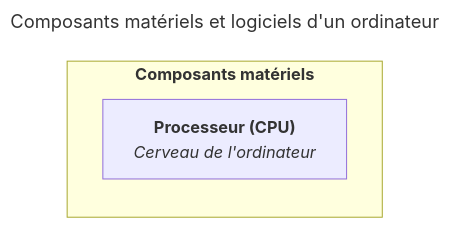
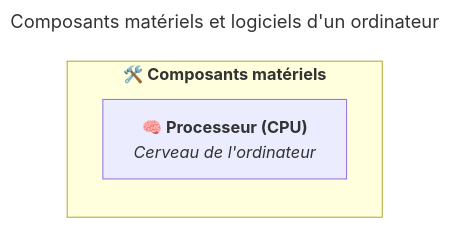
One commit to heig-vd-upinfo-course/heig-vd-upinfo-course changed the diagram in src/content/docs/03-composants-materiels-et-logiciels-dun-ordinateur/02-processeur-cpu.mdx. Above: the diagram before and after it, drawn with Mermaid. The commit also changed 26 other files, not shown here.

````diff
--- a/src/content/docs/03-composants-materiels-et-logiciels-dun-ordinateur/02-processeur-cpu.mdx
+++ b/src/content/docs/03-composants-materiels-et-logiciels-dun-ordinateur/02-processeur-cpu.mdx
@@ -94,16 +94,16 @@
 ```mermaid
 ---
 title: Composants matériels et logiciels d'un ordinateur
 ---
 flowchart
   CPU["`
-    **Processeur (CPU)**
+    **🧠 Processeur (CPU)**
     _Cerveau de l'ordinateur_
   `"]
 
-  subgraph Hardware["`**Composants matériels**`"]
+  subgraph Hardware["`**🛠️ Composants matériels**`"]
     direction TB
 
     CPU
   end
 ```
````
